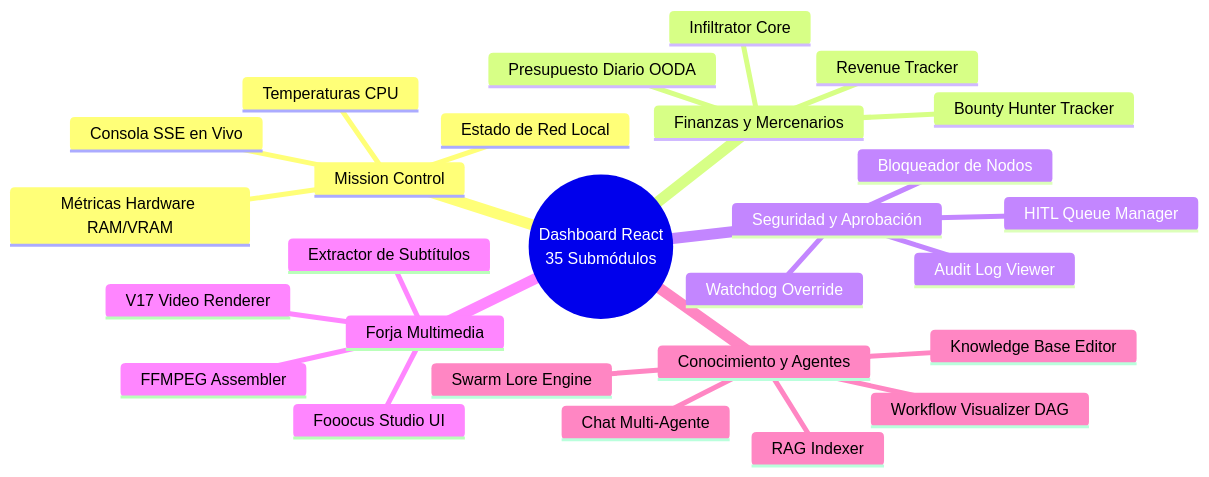
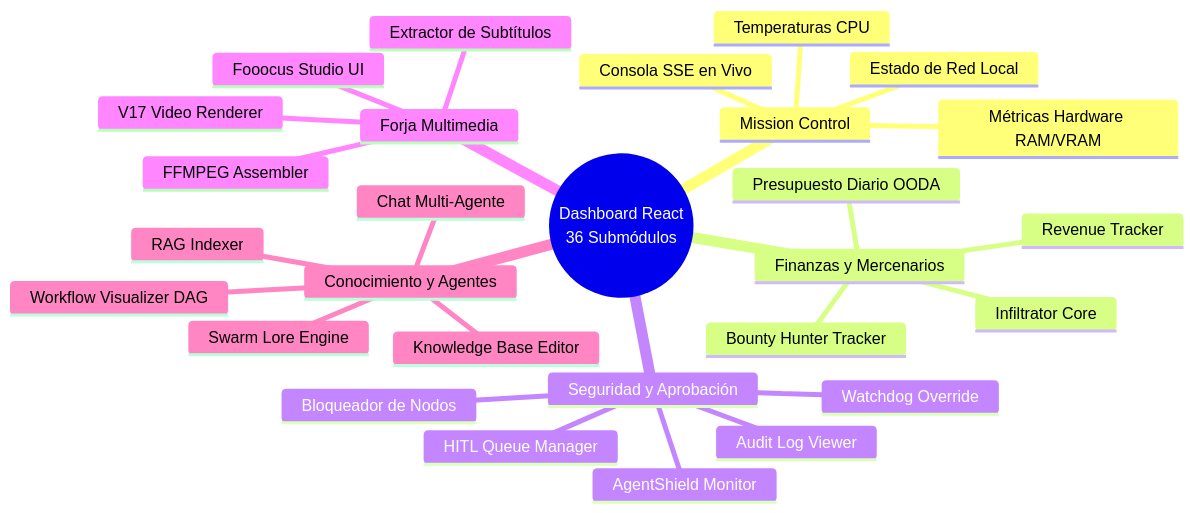
Before and after one commit to DarckRovert/Gravity_AI_bridge: the second of 2 diagrams in README.md, drawn with Mermaid. The commit also changed other lines of this file, not shown here.

````diff
--- a/README.md
+++ b/README.md
@@ -89,31 +96,32 @@
 ```mermaid
 mindmap
   root((Dashboard React
-  35 Submódulos))
+  36 Submódulos))
     Mission Control
       Métricas Hardware RAM/VRAM
       Temperaturas CPU
       Consola SSE en Vivo
       Estado de Red Local
     Finanzas y Mercenarios
       Bounty Hunter Tracker
       Revenue Tracker
       Infiltrator Core
       Presupuesto Diario OODA
     Seguridad y Aprobación
       HITL Queue Manager
       Watchdog Override
       Bloqueador de Nodos
       Audit Log Viewer
+      AgentShield Monitor
     Forja Multimedia
       V17 Video Renderer
       Fooocus Studio UI
       FFMPEG Assembler
       Extractor de Subtítulos
     Conocimiento y Agentes
       Knowledge Base Editor
       Workflow Visualizer DAG
       Chat Multi-Agente
       RAG Indexer
       Swarm Lore Engine
 ```
````
